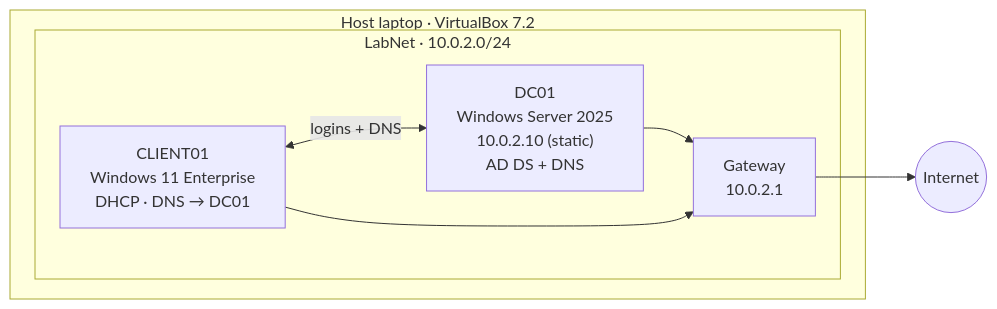
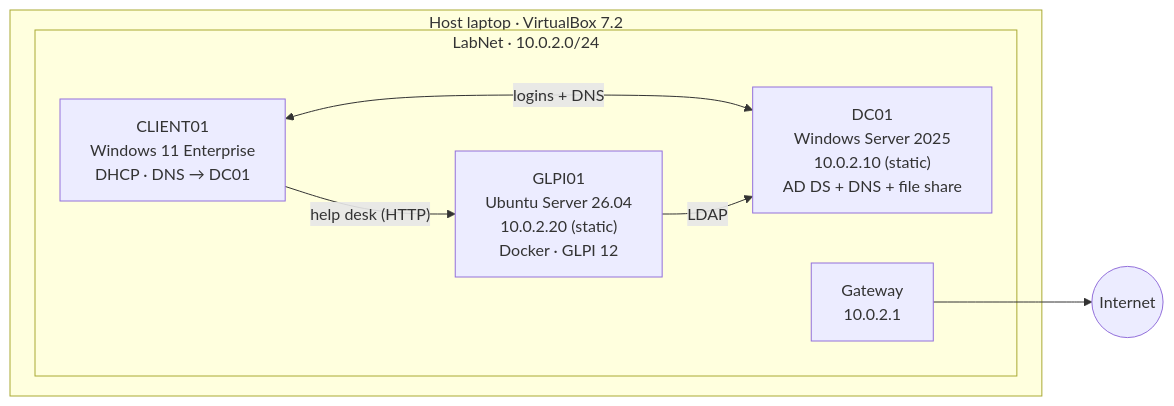
One commit to Tenzin992/it-operations-lab changed the diagram in README.md. Above: the diagram before and after it, drawn with Mermaid. The commit also changed other lines of this file, not shown here.

````diff
--- a/README.md
+++ b/README.md
@@ -11,14 +11,15 @@
 ```mermaid
 flowchart LR
     subgraph Laptop["Host laptop · VirtualBox 7.2"]
         subgraph LabNet["LabNet · 10.0.2.0/24"]
-            DC01["DC01<br/>Windows Server 2025<br/>10.0.2.10 (static)<br/>AD DS + DNS"]
+            DC01["DC01<br/>Windows Server 2025<br/>10.0.2.10 (static)<br/>AD DS + DNS + file share"]
             CLIENT01["CLIENT01<br/>Windows 11 Enterprise<br/>DHCP · DNS → DC01"]
+            GLPI01["GLPI01<br/>Ubuntu Server 26.04<br/>10.0.2.20 (static)<br/>Docker · GLPI 12"]
             GW["Gateway<br/>10.0.2.1"]
         end
     end
     CLIENT01 <-- "logins + DNS" --> DC01
-    DC01 --> GW
-    CLIENT01 --> GW
+    CLIENT01 -- "help desk (HTTP)" --> GLPI01
+    GLPI01 -- "LDAP" --> DC01
     GW --> Internet((Internet))
 ```
````
